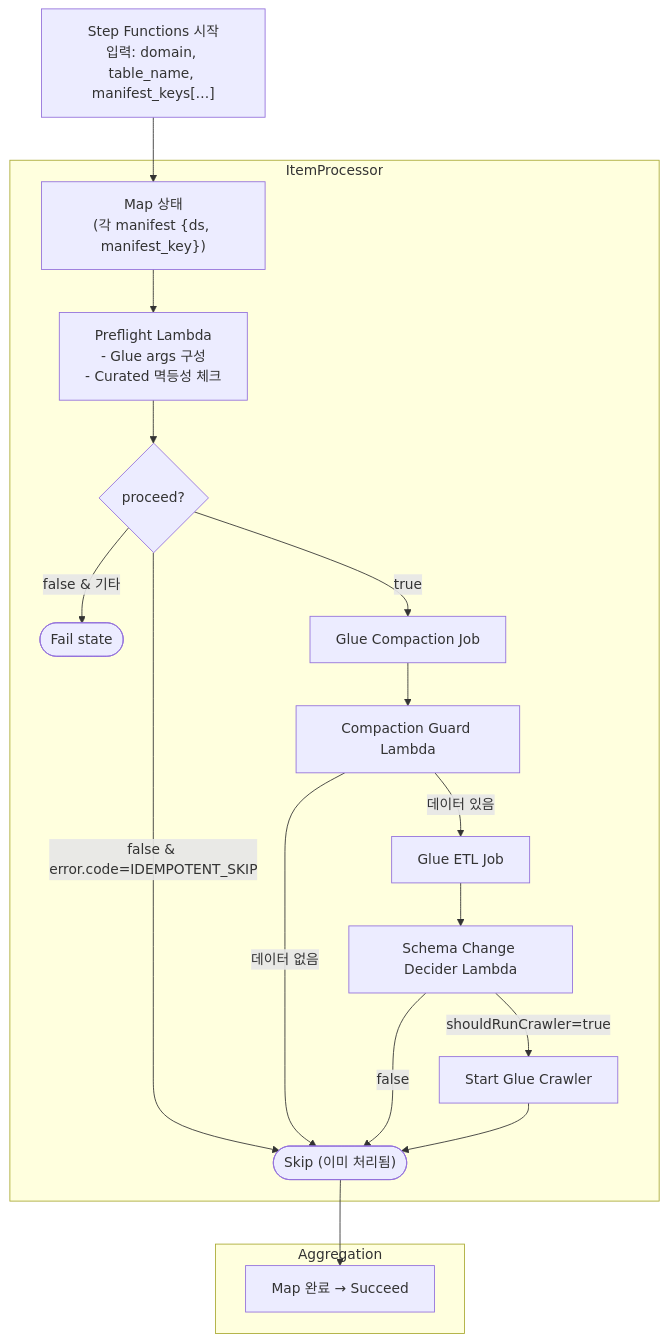
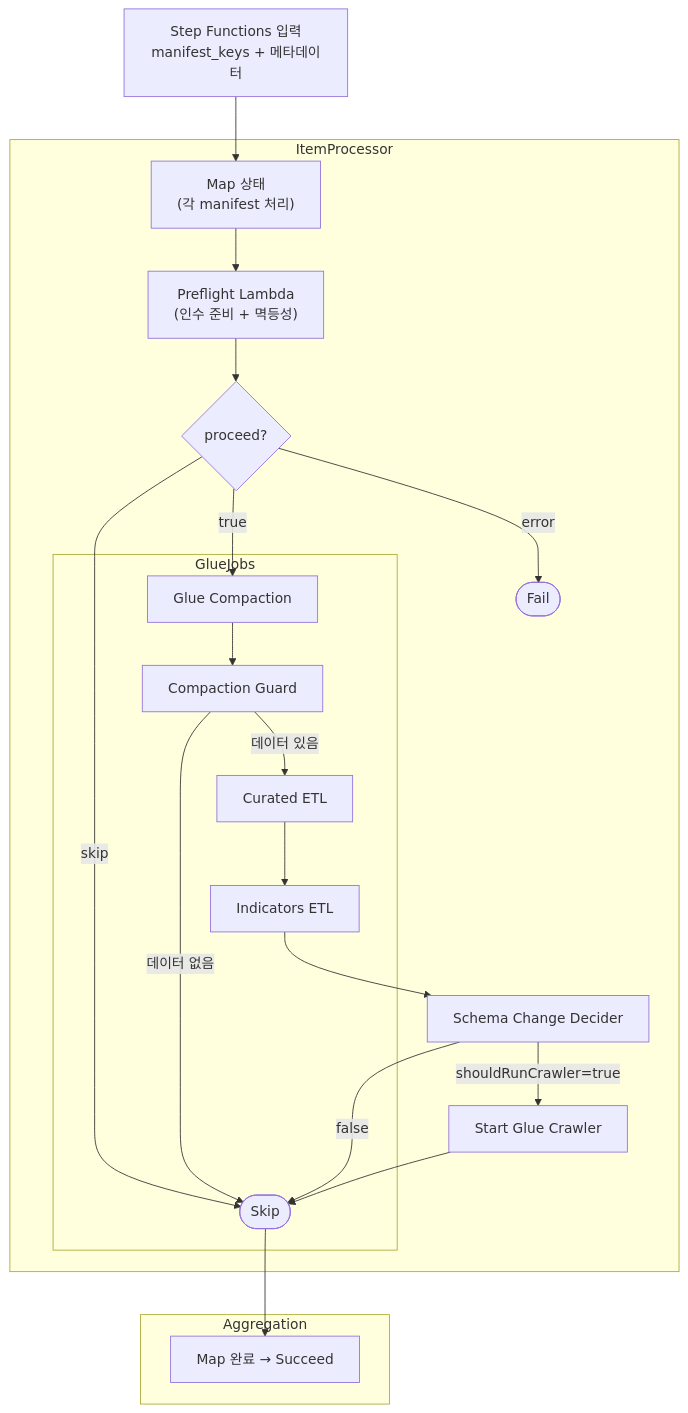
Before and after one commit to keemgdeok/fin-forge-pipeline: the diagram in docs/diagrams/transform/02-flow.md, drawn with Mermaid. The commit also changed 17 other files, not shown here.

Commit message:
feat: update transform docs/diagram

````diff
--- a/docs/diagrams/transform/02-flow.md
+++ b/docs/diagrams/transform/02-flow.md
@@ -1,25 +1,28 @@
 ```mermaid
 flowchart TD
-  A["Step Functions 시작<br/>입력: domain, table_name, manifest_keys[…]"] --> B["Map 상태<br/>(각 manifest {ds, manifest_key})"]
+  A["Step Functions 입력<br/>manifest_keys + 메타데이터"] --> B["Map 상태<br/>(각 manifest 처리)"]
 
   subgraph ItemProcessor
-    B --> C["Preflight Lambda\n- Glue args 구성\n- Curated 멱등성 체크"]
+    B --> C["Preflight Lambda\n(인수 준비 + 멱등성)"]
     C --> D{proceed?}
-    D -->|false & error.code=IDEMPOTENT_SKIP| SKIP(["Skip (이미 처리됨)"])
-    D -->|false & 기타| FAIL(["Fail state"])
-    D -->|true| COMP["Glue Compaction Job"]
-    COMP --> GUARD["Compaction Guard Lambda"]
-    GUARD -->|데이터 없음| SKIP
-    GUARD -->|데이터 있음| ETL["Glue ETL Job"]
-    ETL --> DECIDE["Schema Change Decider Lambda"]
+    D -->|skip| SKIP(["Skip"])
+    D -->|error| FAIL(["Fail"])
+    D -->|true| COMP["Glue Compaction"]
+    subgraph GlueJobs
+      COMP --> GUARD["Compaction Guard"]
+      GUARD -->|데이터 없음| SKIP
+      GUARD -->|데이터 있음| ETL["Curated ETL"]
+      ETL --> IND["Indicators ETL"]
+  end
+    IND --> DECIDE["Schema Change Decider"]
     DECIDE -->|shouldRunCrawler=true| CRAWLER["Start Glue Crawler"]
     DECIDE -->|false| SKIP
     CRAWLER --> SKIP
   end
 
   SKIP --> Z
 
   subgraph Aggregation
     Z["Map 완료 → Succeed"]
   end
 ```
````
